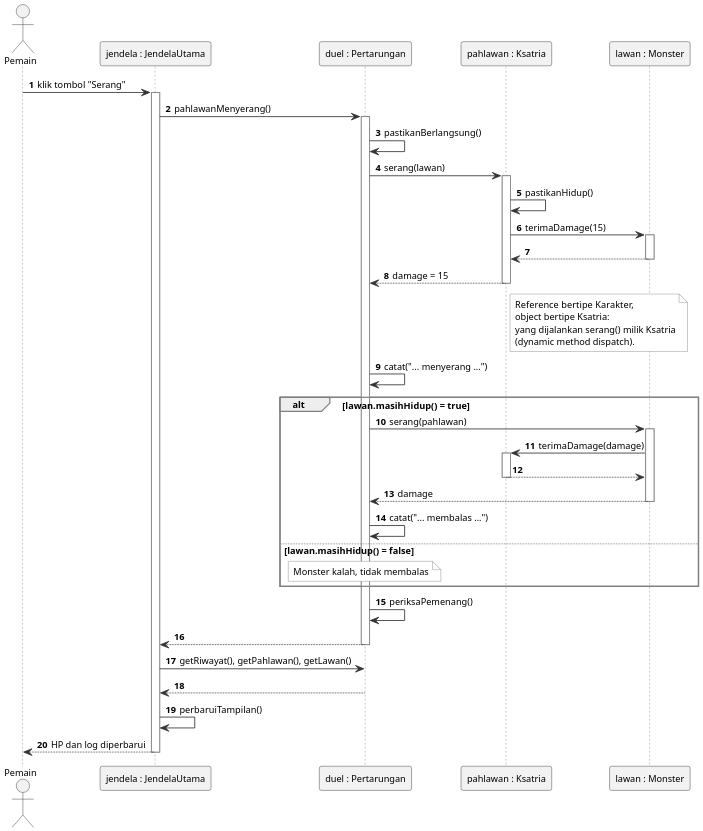
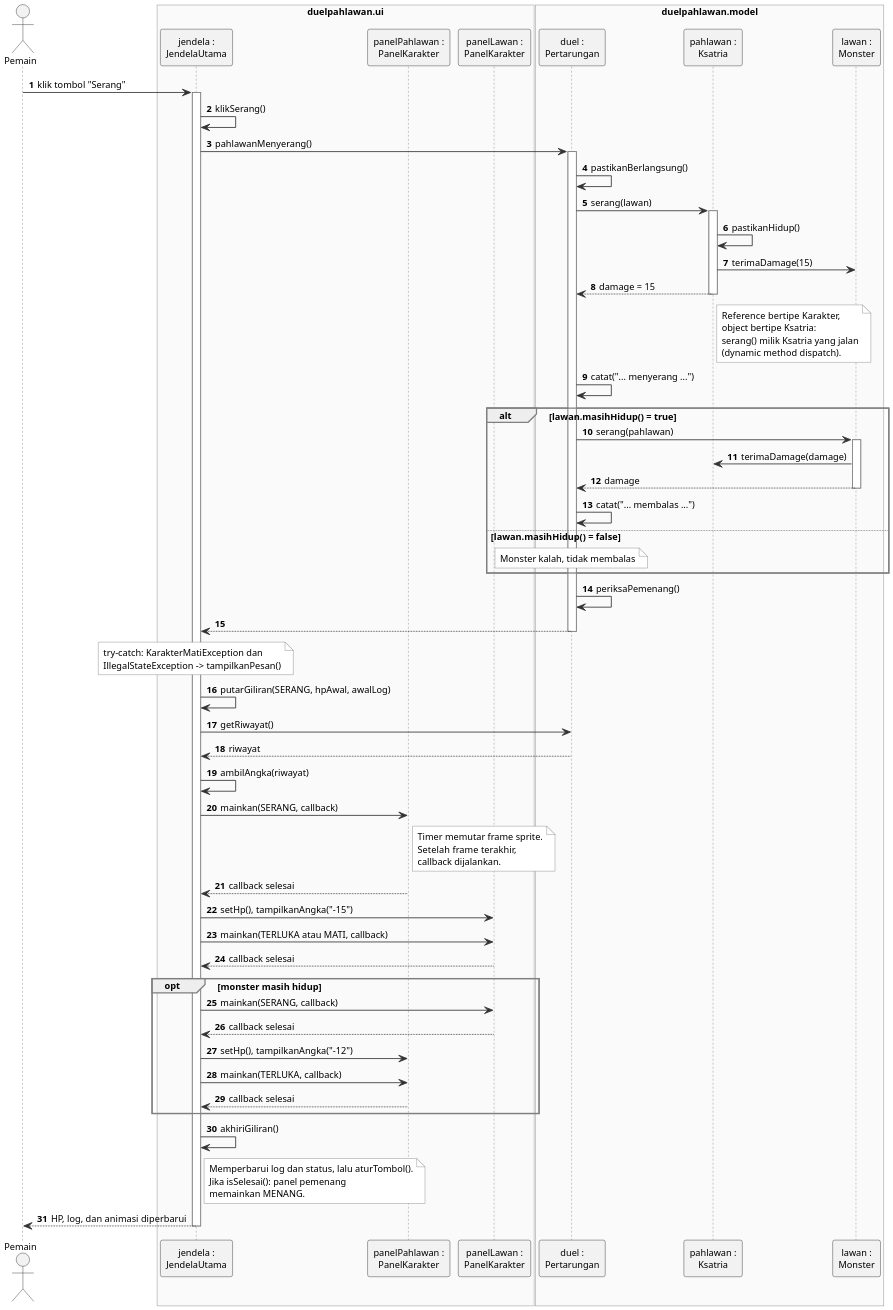
One commit to DevinRafa/hero-duel changed the diagram in docs/diagram/04_seq_serang.puml. Above: the diagram before and after it, drawn with PlantUML. The commit also changed 6 other files, not shown here.

First line of the commit message:
Sync class and sequence diagrams with the final ui classes

```diff
--- a/docs/diagram/04_seq_serang.puml
+++ b/docs/diagram/04_seq_serang.puml
@@ -1,69 +1,99 @@
 @startuml
 skinparam dpi 200
 skinparam shadowing false
 skinparam defaultFontName Arial
 skinparam defaultFontSize 11
 skinparam ArrowColor #333333
 skinparam SequenceLifeLineBorderColor #7F7F7F
 skinparam SequenceGroupBorderColor #7F7F7F
+skinparam SequenceBoxBorderColor #7F7F7F
+skinparam SequenceBoxBackgroundColor #FAFAFA
 skinparam ParticipantBorderColor #262626
 skinparam ParticipantBackgroundColor #F2F2F2
 skinparam ActorBorderColor #262626
 skinparam ActorBackgroundColor #F2F2F2
 skinparam NoteBackgroundColor #FFFFFF
 skinparam NoteBorderColor #7F7F7F
 skinparam SequenceMessageAlignment left
 skinparam sequenceArrowThickness 1
 autonumber "<b>0"
 
 actor "Pemain" as Pemain
-participant "jendela : JendelaUtama" as UI
-participant "duel : Pertarungan" as P
-participant "pahlawan : Ksatria" as H
-participant "lawan : Monster" as M
+box "duelpahlawan.ui"
+participant "jendela :\nJendelaUtama" as UI
+participant "panelPahlawan :\nPanelKarakter" as PP
+participant "panelLawan :\nPanelKarakter" as PL
+end box
+box "duelpahlawan.model"
+participant "duel :\nPertarungan" as P
+participant "pahlawan :\nKsatria" as H
+participant "lawan :\nMonster" as M
+end box
 
 Pemain -> UI : klik tombol "Serang"
 activate UI
+UI -> UI : klikSerang()
 UI -> P : pahlawanMenyerang()
 activate P
 P -> P : pastikanBerlangsung()
 P -> H : serang(lawan)
 activate H
 H -> H : pastikanHidup()
 H -> M : terimaDamage(15)
-activate M
-M --> H
-deactivate M
 H --> P : damage = 15
 deactivate H
 note right of H
   Reference bertipe Karakter,
   object bertipe Ksatria:
-  yang dijalankan serang() milik Ksatria
+  serang() milik Ksatria yang jalan
   (dynamic method dispatch).
 end note
 P -> P : catat("... menyerang ...")
-
 alt lawan.masihHidup() = true
   P -> M : serang(pahlawan)
   activate M
   M -> H : terimaDamage(damage)
-  activate H
-  H --> M
-  deactivate H
   M --> P : damage
   deactivate M
   P -> P : catat("... membalas ...")
 else lawan.masihHidup() = false
   note over P : Monster kalah, tidak membalas
 end
-
 P -> P : periksaPemenang()
 P --> UI
 deactivate P
-UI -> P : getRiwayat(), getPahlawan(), getLawan()
-P --> UI
-UI -> UI : perbaruiTampilan()
-UI --> Pemain : HP dan log diperbarui
+note over UI
+  try-catch: KarakterMatiException dan
+  IllegalStateException -> tampilkanPesan()
+end note
+
+UI -> UI : putarGiliran(SERANG, hpAwal, awalLog)
+UI -> P : getRiwayat()
+P --> UI : riwayat
+UI -> UI : ambilAngka(riwayat)
+UI -> PP : mainkan(SERANG, callback)
+note right of PP
+  Timer memutar frame sprite.
+  Setelah frame terakhir,
+  callback dijalankan.
+end note
+PP --> UI : callback selesai
+UI -> PL : setHp(), tampilkanAngka("-15")
+UI -> PL : mainkan(TERLUKA atau MATI, callback)
+PL --> UI : callback selesai
+opt monster masih hidup
+  UI -> PL : mainkan(SERANG, callback)
+  PL --> UI : callback selesai
+  UI -> PP : setHp(), tampilkanAngka("-12")
+  UI -> PP : mainkan(TERLUKA, callback)
+  PP --> UI : callback selesai
+end
+UI -> UI : akhiriGiliran()
+note right of UI
+  Memperbarui log dan status, lalu aturTombol().
+  Jika isSelesai(): panel pemenang
+  memainkan MENANG.
+end note
+UI --> Pemain : HP, log, dan animasi diperbarui
 deactivate UI
 @enduml
```
